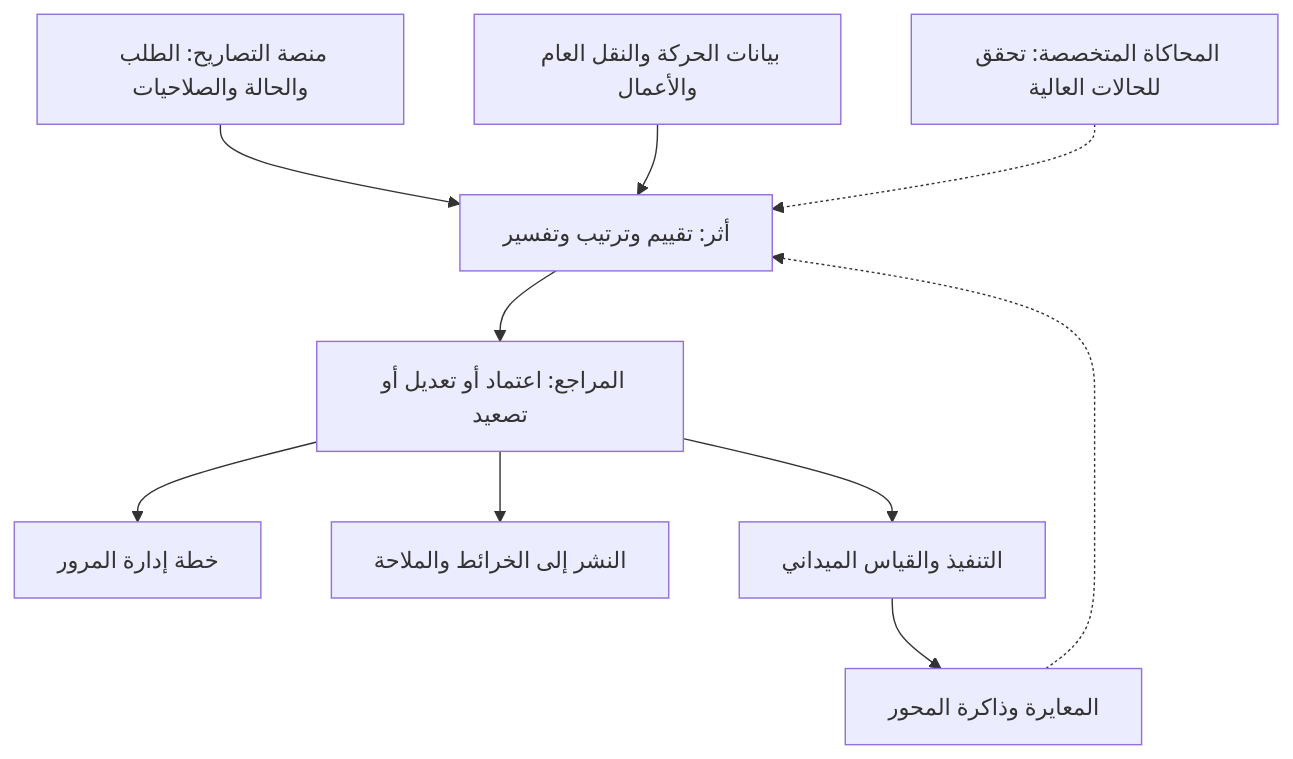
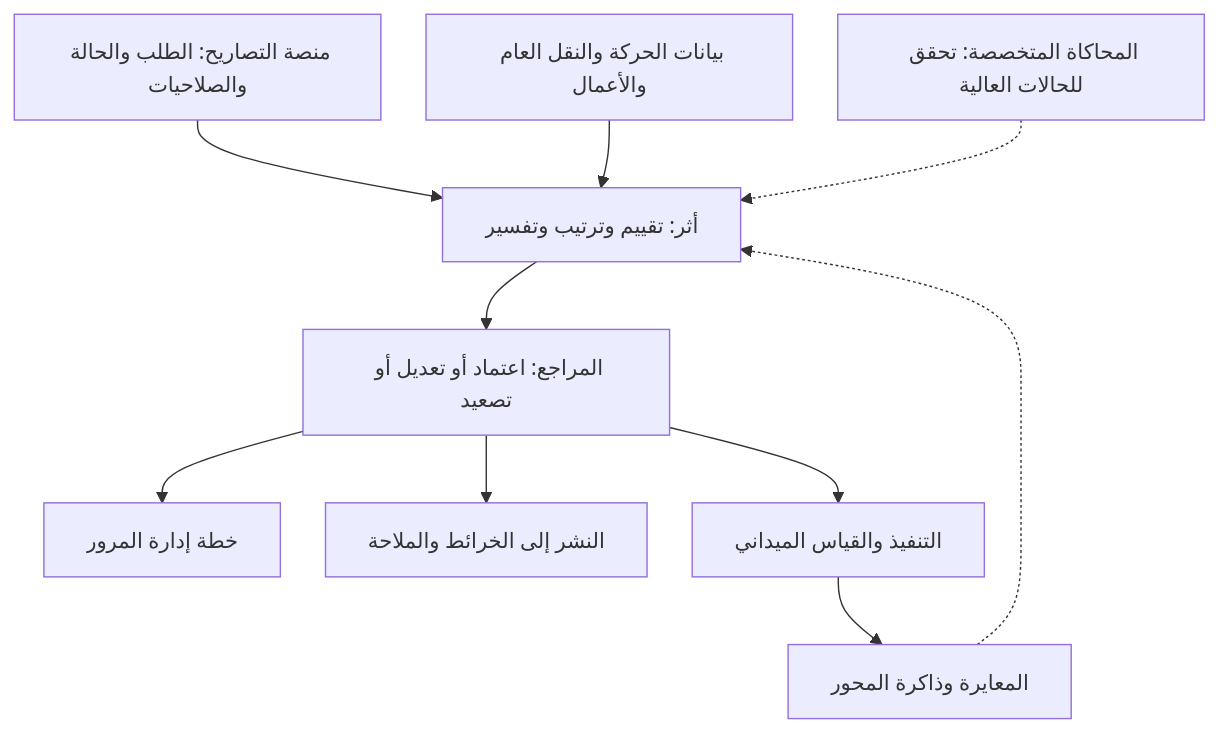
Before and after one commit to NotMarwan/Baladiyathon: the diagram in research/2026-07-23/athar-competitor-benchmarks/index.md, drawn with Mermaid. The commit also changed 3 other files, not shown here.

````diff
--- a/research/2026-07-23/athar-competitor-benchmarks/index.md
+++ b/research/2026-07-23/athar-competitor-benchmarks/index.md
@@ -239,12 +239,13 @@
 ```mermaid
+%%{init: {"flowchart": {"useMaxWidth": true, "nodeSpacing": 32, "rankSpacing": 48}, "themeVariables": {"fontSize": "15px"}}}%%
 flowchart TB
  A["منصة التصاريح: الطلب والحالة والصلاحيات"] --> X["أثر: تقييم وترتيب وتفسير"]
  B["بيانات الحركة والنقل العام والأعمال"] --> X
  C["المحاكاة المتخصصة: تحقق للحالات العالية"] -.-> X
  X --> D["المراجع: اعتماد أو تعديل أو تصعيد"]
  D --> E["خطة إدارة المرور"]
  D --> F["النشر إلى الخرائط والملاحة"]
  D --> G["التنفيذ والقياس الميداني"]
  G --> H["المعايرة وذاكرة المحور"]
  H -.-> X
 ```
````
